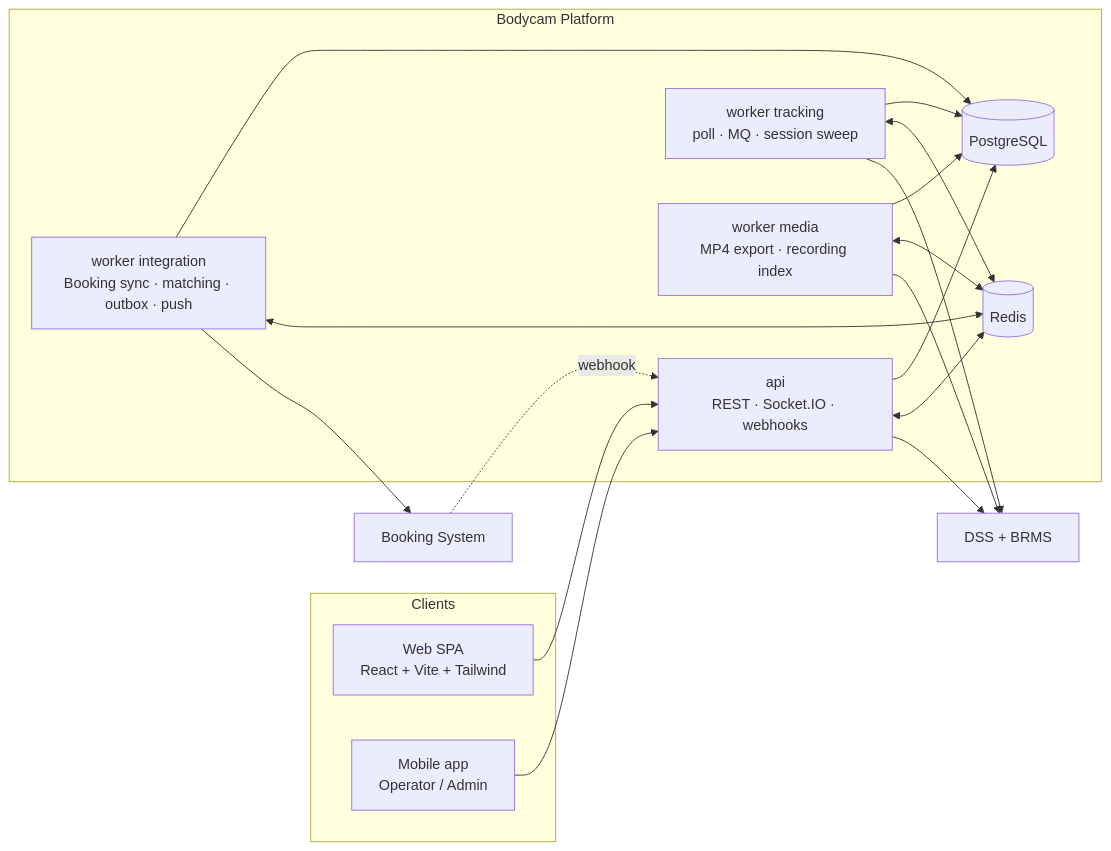
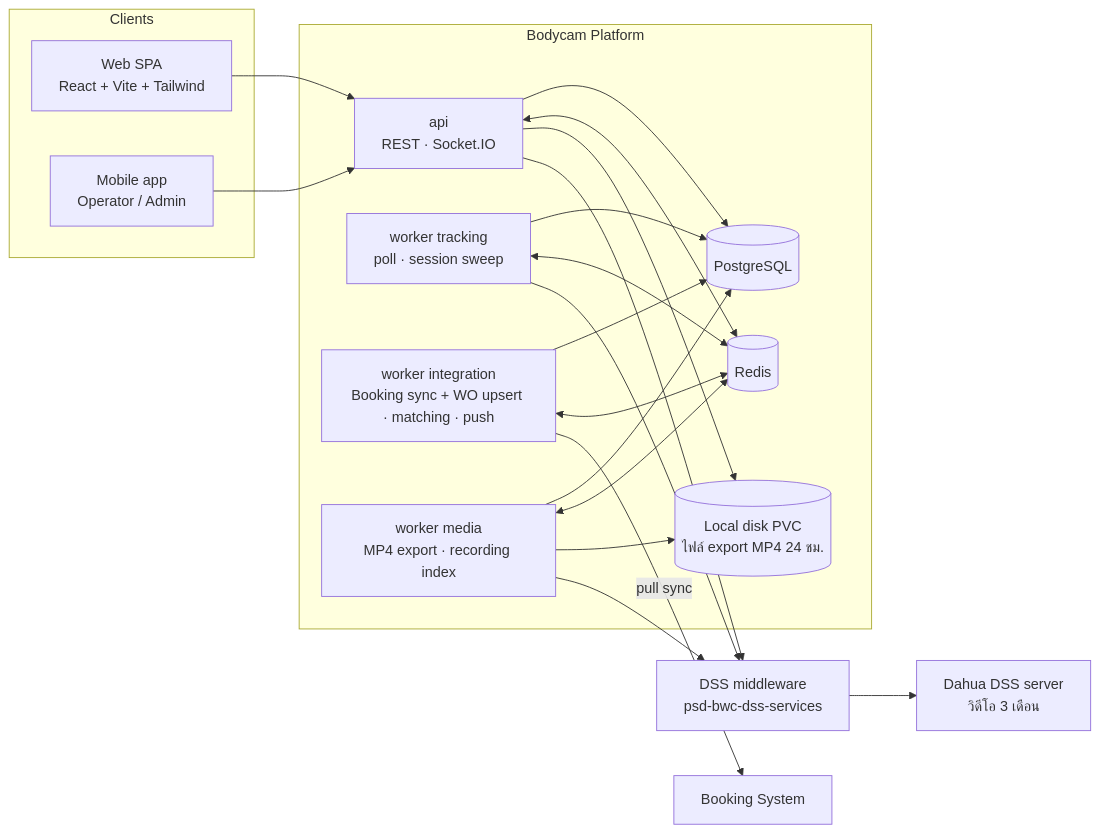
Before and after one commit to b-werayut/psd-bodycam-v1.0: the diagram in docs/blueprint/README.md, drawn with Mermaid. The commit also changed other lines of this file and 304 other files, not shown here.

````diff
--- a/docs/blueprint/README.md
+++ b/docs/blueprint/README.md
@@ -85,32 +90,36 @@
 ```mermaid
 flowchart LR
   subgraph Client["Clients"]
     WEB["Web SPA<br/>React + Vite + Tailwind"]
     MOB["Mobile app<br/>Operator / Admin"]
   end
   subgraph Platform["Bodycam Platform"]
-    API["api<br/>REST · Socket.IO · webhooks"]
-    WT["worker tracking<br/>poll · MQ · session sweep"]
-    WI["worker integration<br/>Booking sync · matching · outbox · push"]
+    API["api<br/>REST · Socket.IO"]
+    WT["worker tracking<br/>poll · session sweep"]
+    WI["worker integration<br/>Booking sync + WO upsert · matching · push"]
     WM["worker media<br/>MP4 export · recording index"]
     PG[("PostgreSQL")]
     RD[("Redis")]
+    FS[("Local disk PVC<br/>ไฟล์ export MP4 24 ชม.")]
   end
-  DSS["DSS + BRMS"]
+  DSS["DSS middleware<br/>psd-bwc-dss-services"]
+  DSV["Dahua DSS server<br/>วิดีโอ 3 เดือน"]
   BK["Booking System"]
   WEB --> API
   MOB --> API
   API --> PG
   API <--> RD
   WT --> PG
   WI --> PG
   WM --> PG
   WT <--> RD
   WI <--> RD
   WM <--> RD
+  WM --> FS
+  API --> FS
   WT --> DSS
   API --> DSS
   WM --> DSS
-  WI --> BK
-  BK -. "webhook" .-> API
+  DSS --> DSV
+  WI -- "pull sync" --> BK
 ```
````
